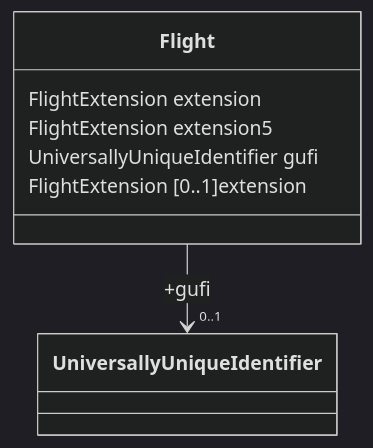
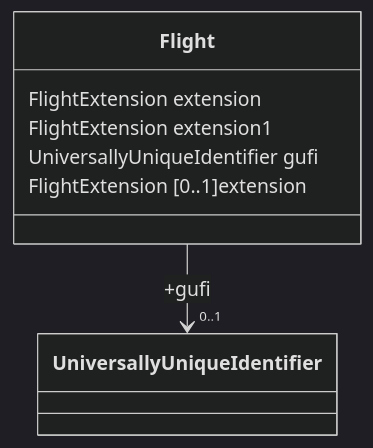
The first of 3 diagrams in docs/fixm/FIXM_UML_in_mermaid.md (du-lapin/test_docsify), drawn with Mermaid (dark theme) before and after one commit. The commit also changed other lines of this file, not shown here.

````diff
--- a/docs/fixm/FIXM_UML_in_mermaid.md
+++ b/docs/fixm/FIXM_UML_in_mermaid.md
@@ -24,10 +4,10 @@
 ```mermaid
 classDiagram
 class Flight{
 FlightExtension extension
-FlightExtension extension5
+FlightExtension extension1
 UniversallyUniqueIdentifier gufi
 }
 Flight : FlightExtension [0..1]extension
 Flight --> "0..1"  UniversallyUniqueIdentifier : +gufi
 ```
````
